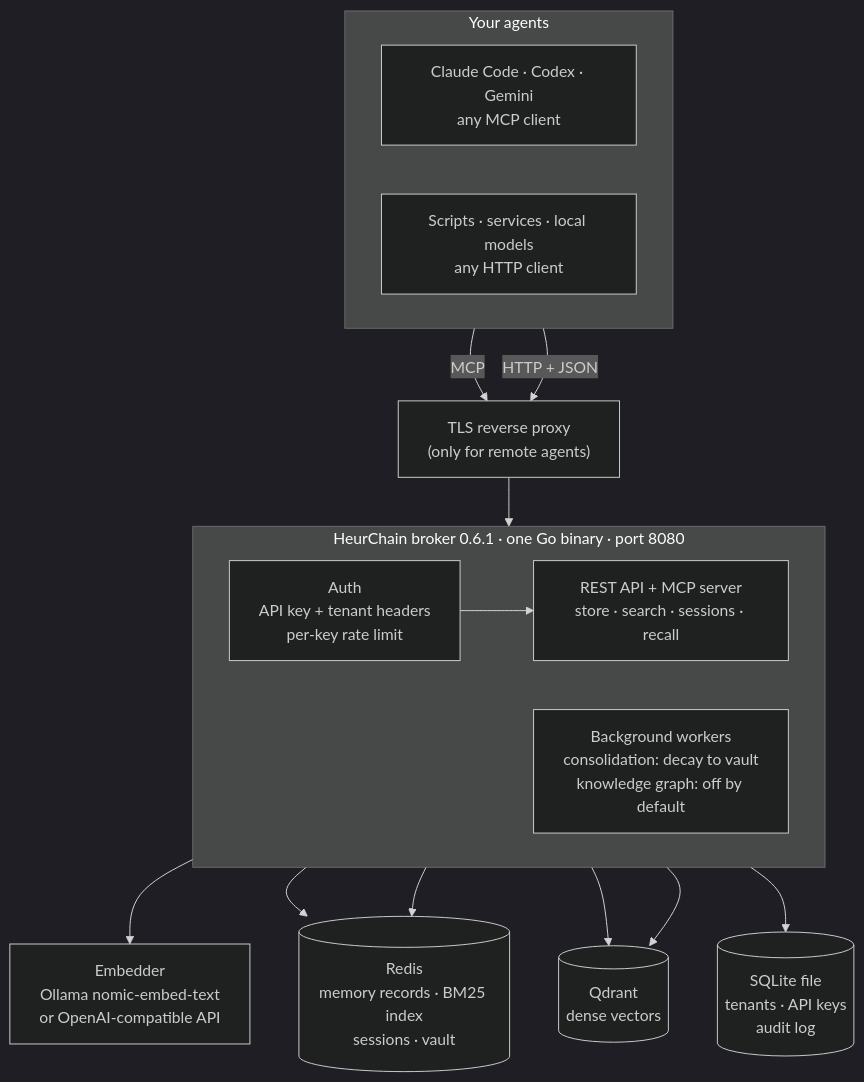
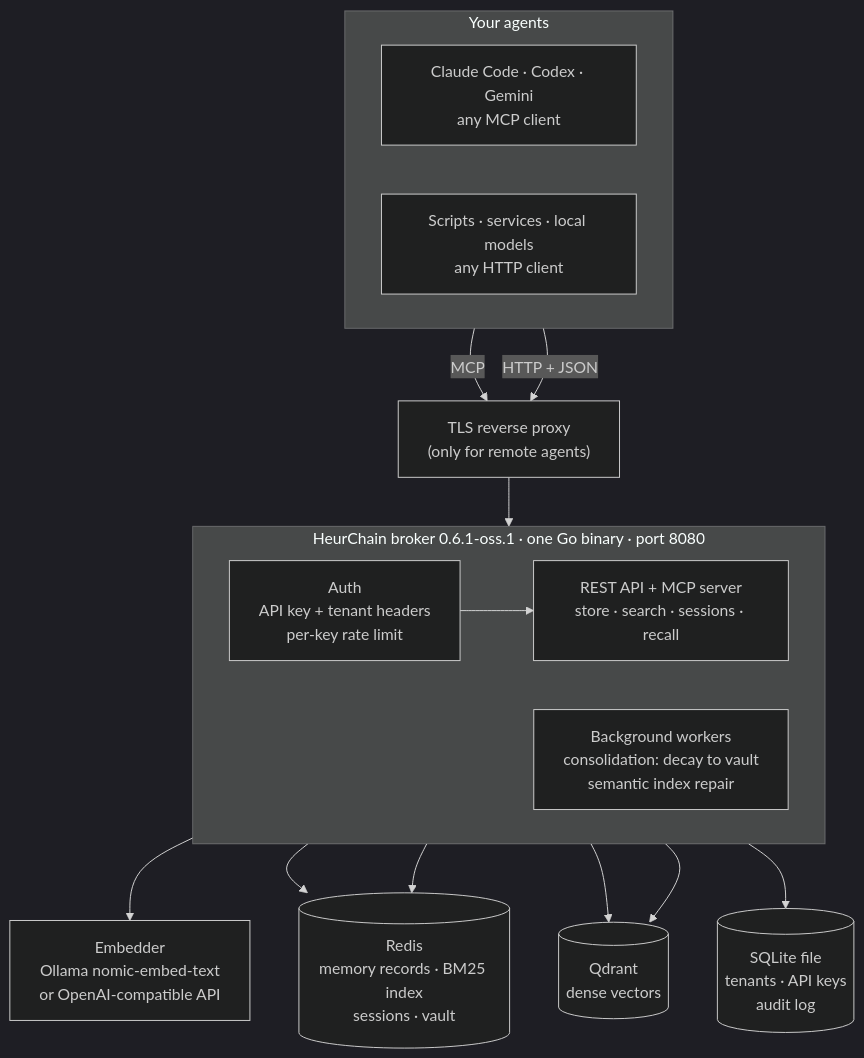
Before and after one commit to peterjohannmedina/heurchain: the diagram in docs/diagrams/architecture.mmd, drawn with Mermaid (dark theme). The commit also changed 114 other files, not shown here.

```diff
--- a/docs/diagrams/architecture.mmd
+++ b/docs/diagrams/architecture.mmd
@@ -1,31 +1,31 @@
 flowchart TB
     subgraph AGENTS["Your agents"]
         direction LR
         A1["Claude Code · Codex · Gemini<br/>any MCP client"]
         A2["Scripts · services · local models<br/>any HTTP client"]
     end
 
     P["TLS reverse proxy<br/>(only for remote agents)"]
 
-    subgraph B["HeurChain broker 0.6.1 · one Go binary · port 8080"]
+    subgraph B["HeurChain broker 0.6.1-oss.1 · one Go binary · port 8080"]
         direction LR
         G["Auth<br/>API key + tenant headers<br/>per-key rate limit"]
         API["REST API + MCP server<br/>store · search · sessions · recall"]
-        W["Background workers<br/>consolidation: decay to vault<br/>knowledge graph: off by default"]
+        W["Background workers<br/>consolidation: decay to vault<br/>semantic index repair"]
         G --> API
     end
 
     E["Embedder<br/>Ollama nomic-embed-text<br/>or OpenAI-compatible API"]
     R[("Redis<br/>memory records · BM25 index<br/>sessions · vault")]
     Q[("Qdrant<br/>dense vectors")]
     S[("SQLite file<br/>tenants · API keys<br/>audit log")]
 
     A1 -- "MCP" --> P
     A2 -- "HTTP + JSON" --> P
     P --> G
     API --> E
     API --> R
     API --> Q
     API --> S
     W --> R
     W --> Q
```
